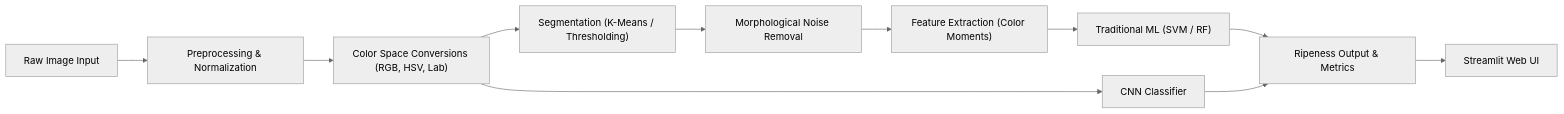
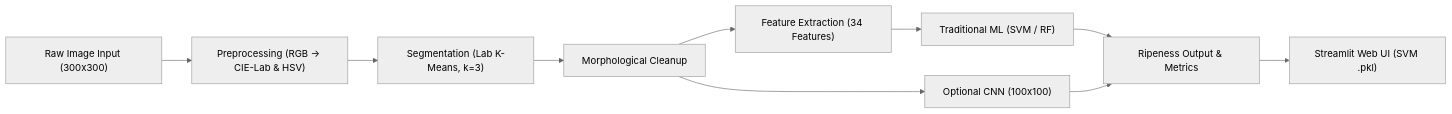
The diagram in README.md (snehashetty5100/FRUITS-DETECTION-), drawn with Mermaid (neutral theme) before and after one commit. The commit also changed other lines of this file, not shown here.

Commit message:
docs(readme): align project docs with actual 300x300 Lab K-means pipeline and run order

````diff
--- a/README.md
+++ b/README.md
@@ -88,13 +86,12 @@
 ```mermaid
 flowchart LR
-    A["Raw Image Input"] --> B["Preprocessing & Normalization"]
-    B --> C["Color Space Conversions (RGB, HSV, Lab)"]
-    C --> D["Segmentation (K-Means / Thresholding)"]
-    D --> E["Morphological Noise Removal"]
-    E --> F["Feature Extraction (Color Moments)"]
-    F --> G["Traditional ML (SVM / RF)"]
-    C --> H["CNN Classifier"]
-    G --> I["Ripeness Output & Metrics"]
-    H --> I
-    I --> J["Streamlit Web UI"]
+    A["Raw Image Input (300x300)"] --> B["Preprocessing (RGB -> CIE-Lab & HSV)"]
+    B --> C["Segmentation (Lab K-Means, k=3)"]
+    C --> D["Morphological Cleanup"]
+    D --> E["Feature Extraction (34 Features)"]
+    E --> F["Traditional ML (SVM / RF)"]
+    D --> G["Optional CNN (100x100)"]
+    F --> H["Ripeness Output & Metrics"]
+    G --> H
+    H --> I["Streamlit Web UI (SVM .pkl)"]
 ```
````
